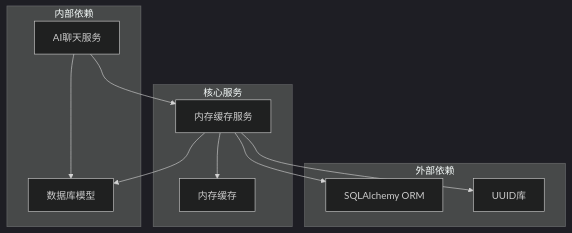
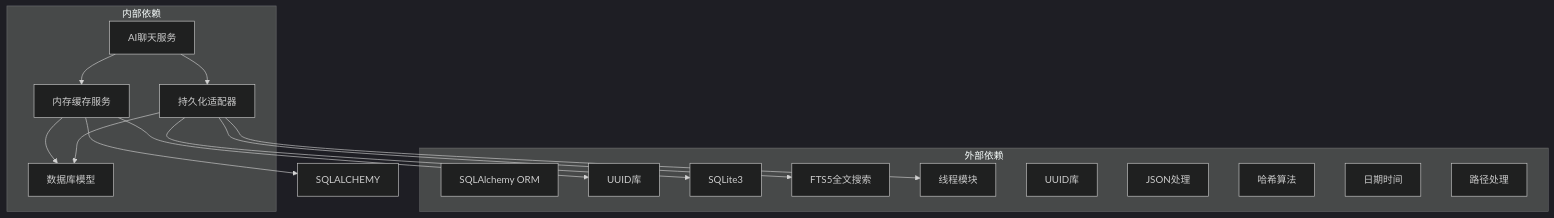
Before and after one commit to xfbyxq/ai-novel-system: the seventh of 8 diagrams in .qoder/repowiki/zh/content/Memory Service.md, drawn with Mermaid (dark theme). The commit also changed other lines of this file and 17 other files, not shown here.

````diff
--- a/.qoder/repowiki/zh/content/Memory Service.md
+++ b/.qoder/repowiki/zh/content/Memory Service.md
@@ -283,21 +391,30 @@
 ```mermaid
 graph TB
 subgraph "外部依赖"
-SQLALCHEMY[SQLAlchemy ORM]
+SQLAlchemy[SQLAlchemy ORM]
 UUID[UUID库]
+SQLite[SQLite3]
+FTS5[FTS5全文搜索]
+threading[线程模块]
+uuid[UUID库]
+json[JSON处理]
+hashlib[哈希算法]
+datetime[日期时间]
+pathlib[路径处理]
 end
 subgraph "内部依赖"
 AI_CHAT_SERVICE[AI聊天服务]
 DATABASE_MODELS[数据库模型]
-end
-subgraph "核心服务"
 MEMORY_SERVICE[内存缓存服务]
-MEMORY_CACHE[内存缓存]
+PERSISTENT_ADAPTER[持久化适配器]
 end
 AI_CHAT_SERVICE --> MEMORY_SERVICE
-MEMORY_SERVICE --> MEMORY_CACHE
+AI_CHAT_SERVICE --> PERSISTENT_ADAPTER
 MEMORY_SERVICE --> DATABASE_MODELS
-AI_CHAT_SERVICE --> DATABASE_MODELS
+PERSISTENT_ADAPTER --> DATABASE_MODELS
 MEMORY_SERVICE --> UUID
 MEMORY_SERVICE --> SQLALCHEMY
+PERSISTENT_ADAPTER --> SQLite
+PERSISTENT_ADAPTER --> FTS5
+PERSISTENT_ADAPTER --> threading
 ```
````
